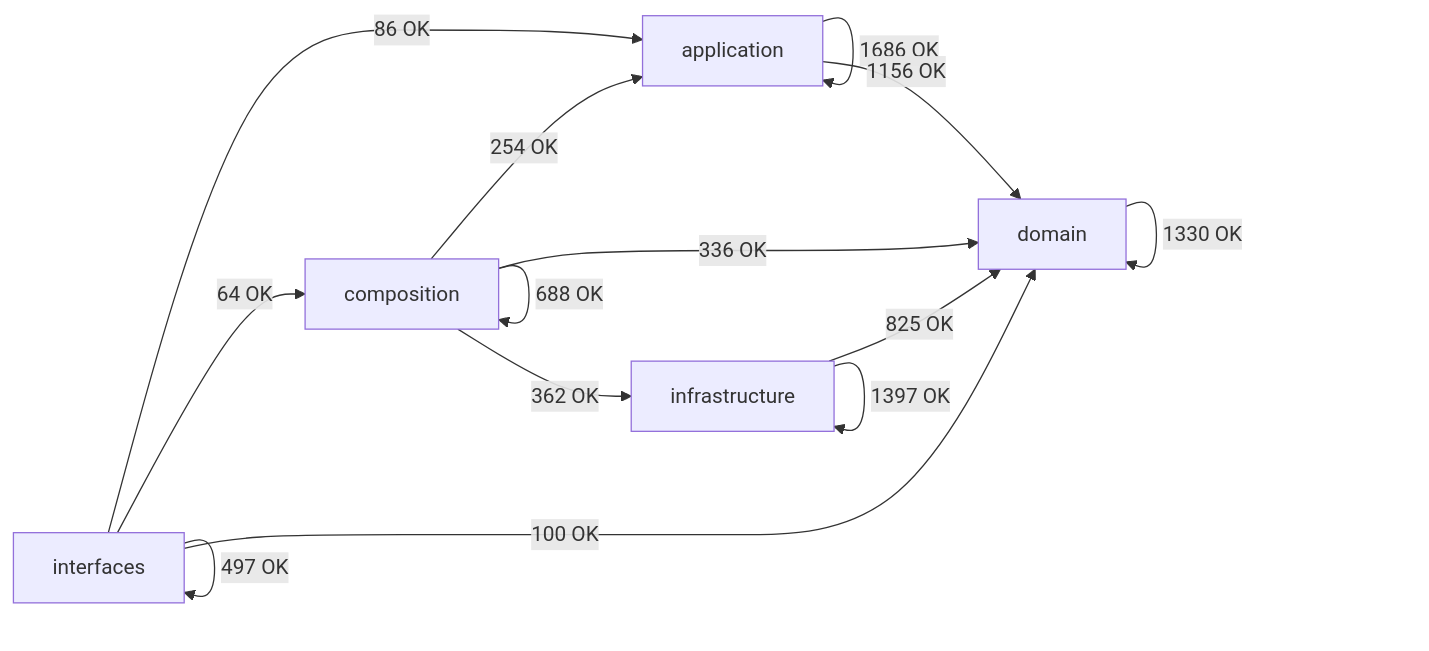
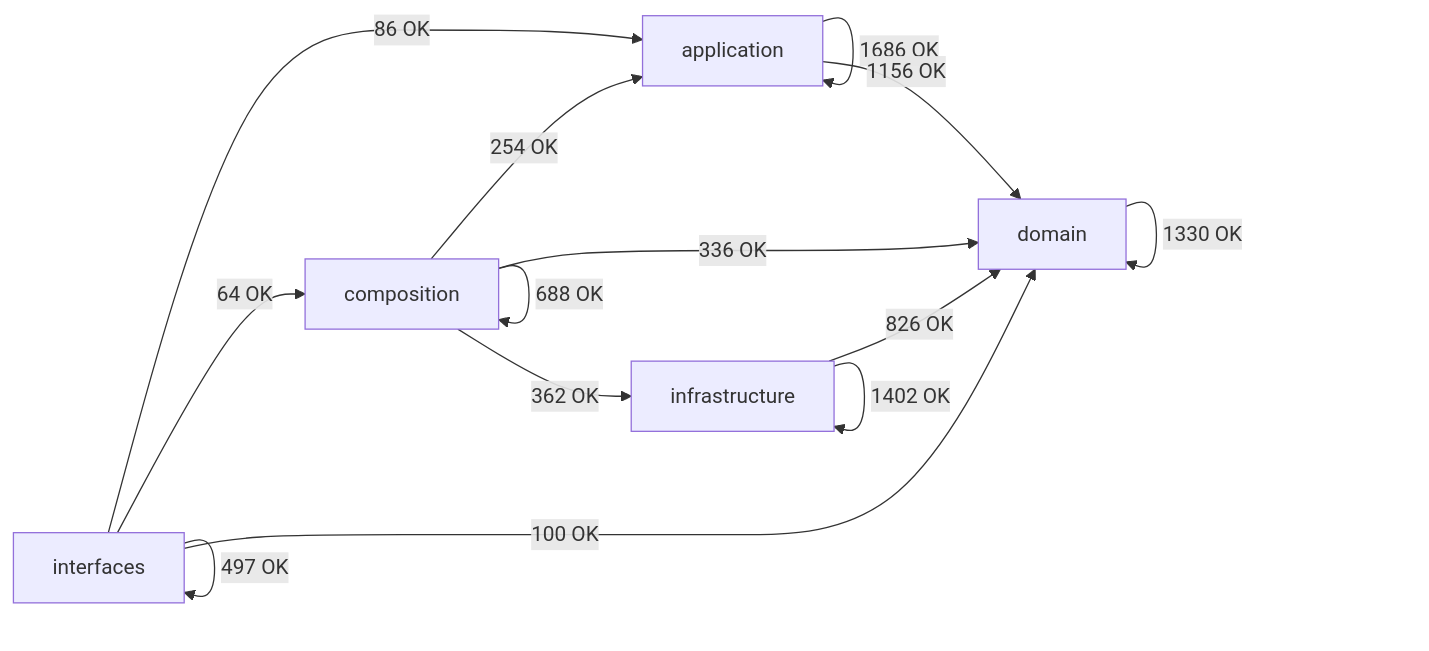
Before and after one commit to SatoryKono/BioactivityDataAcquisition: the diagram in docs/02-architecture/generated/module-dependency-map.md, drawn with Mermaid. The commit also changed other lines of this file and 8 other files, not shown here.

````diff
--- a/docs/02-architecture/generated/module-dependency-map.md
+++ b/docs/02-architecture/generated/module-dependency-map.md
@@ -17,21 +17,21 @@
 ```mermaid
 flowchart LR
     domain[domain]
     application[application]
     infrastructure[infrastructure]
     composition[composition]
     interfaces[interfaces]
     application -->|1686 OK| application
     application -->|1156 OK| domain
     composition -->|254 OK| application
     composition -->|688 OK| composition
     composition -->|336 OK| domain
     composition -->|362 OK| infrastructure
     domain -->|1330 OK| domain
-    infrastructure -->|825 OK| domain
-    infrastructure -->|1397 OK| infrastructure
+    infrastructure -->|826 OK| domain
+    infrastructure -->|1402 OK| infrastructure
     interfaces -->|86 OK| application
     interfaces -->|64 OK| composition
     interfaces -->|100 OK| domain
     interfaces -->|497 OK| interfaces
 ```
````
